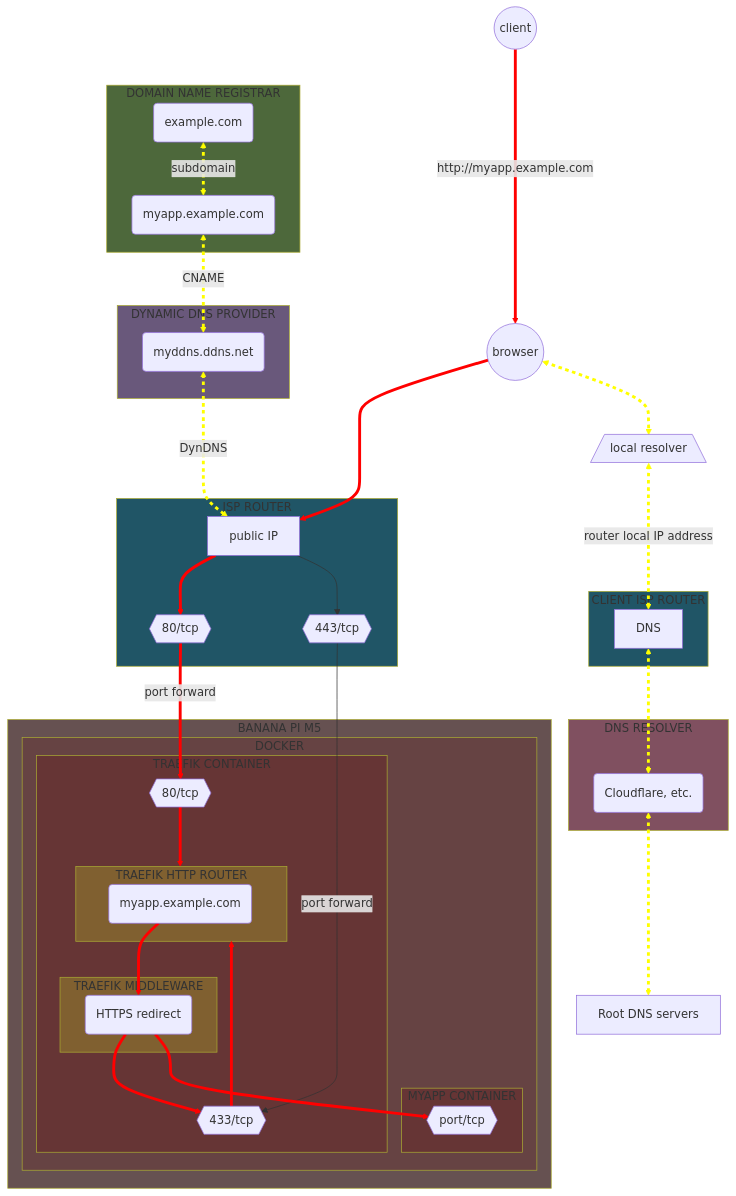
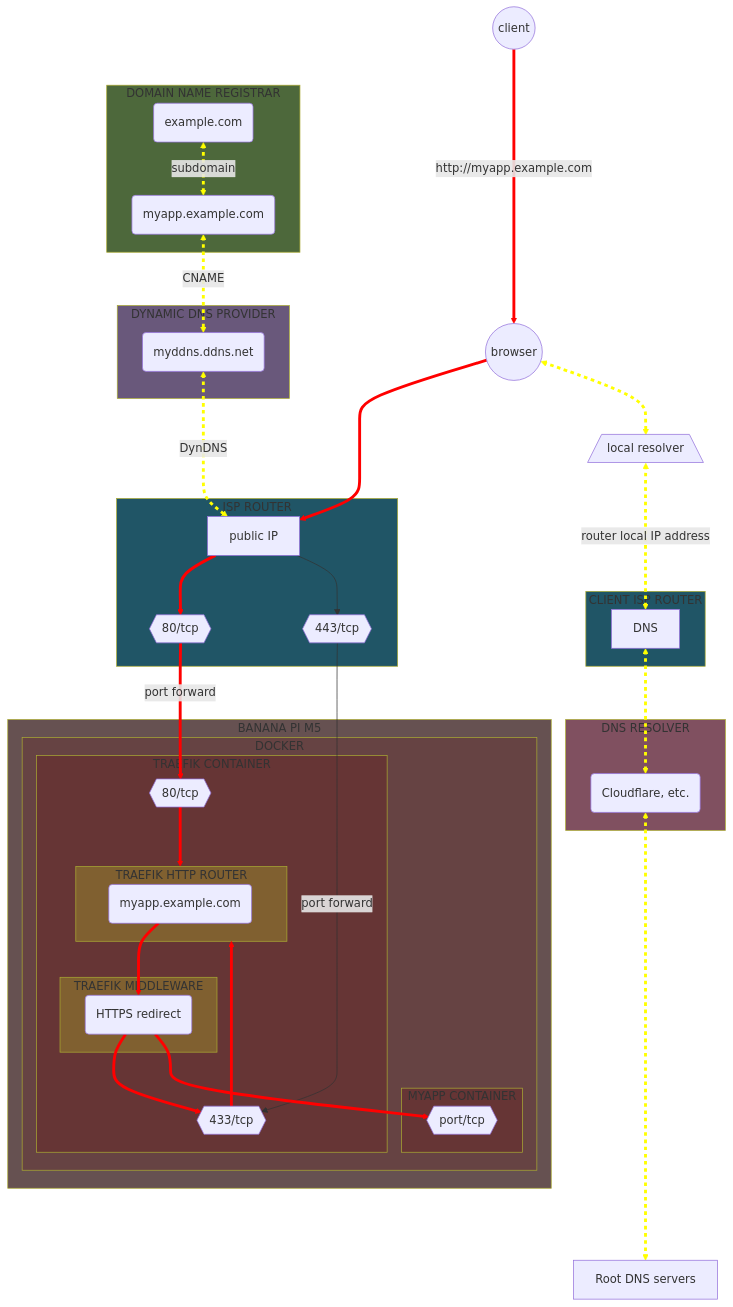
One commit to Yann39/self-hosted changed the eighth of 17 diagrams in README.md. Above: the diagram before and after it, drawn with Mermaid. The commit also changed other lines of this file, not shown here.

```diff
--- a/README.md
+++ b/README.md
@@ -2330,7 +2332,7 @@
     BROWSER((browser)) <--> LOCAL_DNS_RESOLVER[/local resolver\]
     LOCAL_DNS_RESOLVER <--->|router local IP address| ROUTER2_DNS
     ROUTER2_DNS <--> CLOUDFLARE
-    CLOUDFLARE <---> ROOT_DNS_SERVERS
+    CLOUDFLARE <------> ROOT_DNS_SERVERS
     linkStyle 0 stroke-width: 4px, stroke: red
     linkStyle 1 stroke-width: 4px, stroke: red
     linkStyle 2 stroke-width: 4px, stroke: yellow, stroke-dasharray: 5
```
